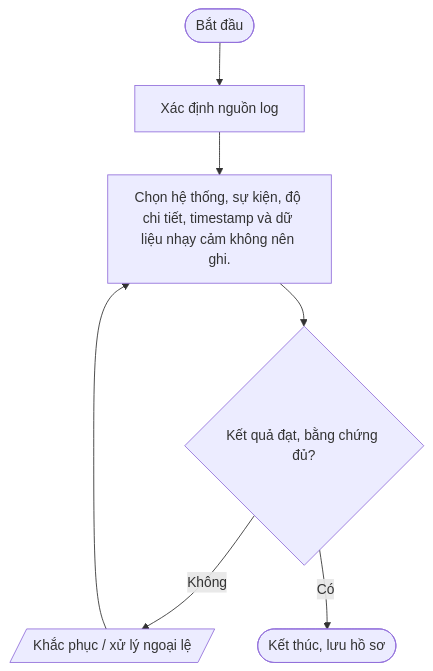
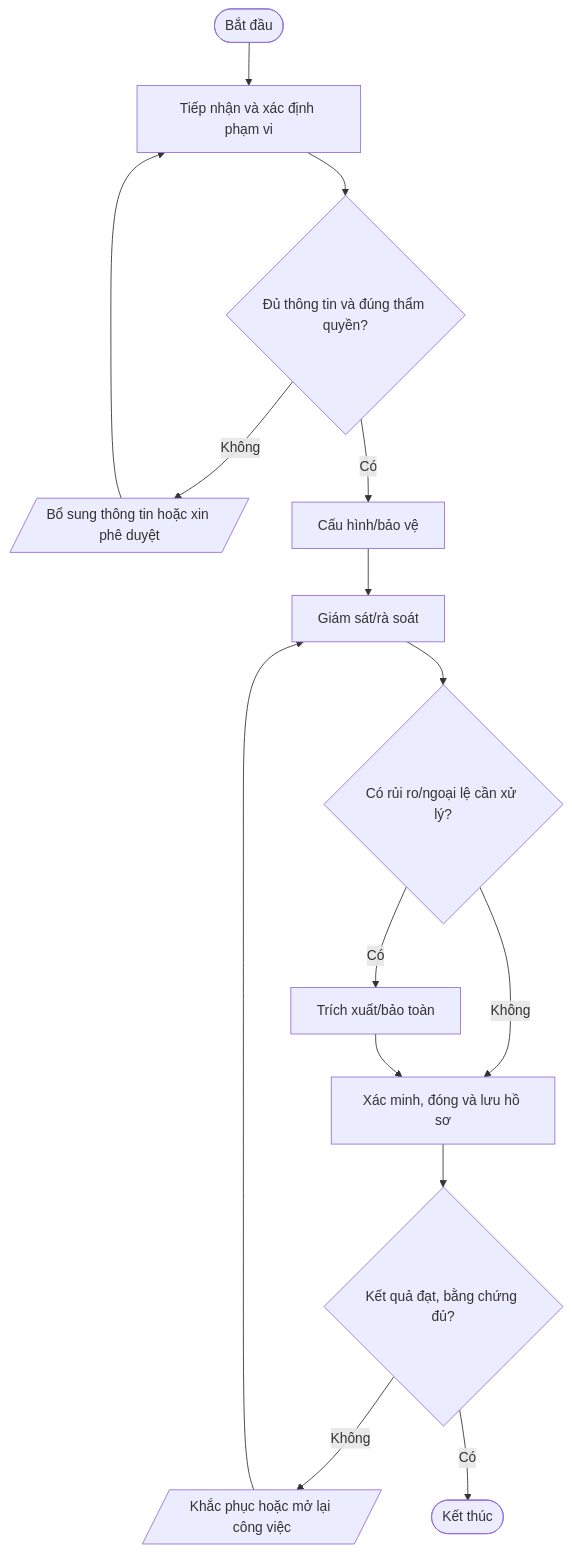
One commit to daoaigiangnam/Quy_Trinh_Chuan changed the sixth of 11 diagrams in quy-trinh/03-An-toan-thong-tin/README.md. Above: the diagram before and after it, drawn with Mermaid. The commit also changed other lines of this file, not shown here.

Commit message:
docs: refine detailed procedure steps and Mermaid flowcharts

````diff
--- a/quy-trinh/03-An-toan-thong-tin/README.md
+++ b/quy-trinh/03-An-toan-thong-tin/README.md
@@ -404,11 +497,17 @@
 ```mermaid
 flowchart TD
-  A([Bắt đầu]) --> S1
-  S1["Xác định nguồn log"]
-  S2["Chọn hệ thống, sự kiện, độ chi tiết, timestamp và dữ liệu nhạy cảm không nên ghi."]
-  S1 --> S2
-  S2 --> D2{"Kết quả đạt, bằng chứng đủ?"}
-  D2 -- Không --> REWORK[/"Khắc phục / xử lý ngoại lệ"/]
-  REWORK --> S2
-  D2 -- Có --> Z([Kết thúc, lưu hồ sơ])
+  A([Bắt đầu]) --> S1["Tiếp nhận và xác định phạm vi"]
+  S1 --> D1{"Đủ thông tin và đúng thẩm quyền?"}
+  D1 -- Không --> F1[/"Bổ sung thông tin hoặc xin phê duyệt"/]
+  F1 --> S1
+  D1 -- Có --> S2["Cấu hình/bảo vệ"]
+  S2 --> S3["Giám sát/rà soát"]
+  S3 --> D2{"Có rủi ro/ngoại lệ cần xử lý?"}
+  D2 -- Có --> S4["Trích xuất/bảo toàn"]
+  D2 -- Không --> S5["Xác minh, đóng và lưu hồ sơ"]
+  S4 --> S5
+  S5 --> D3{"Kết quả đạt, bằng chứng đủ?"}
+  D3 -- Không --> R[/"Khắc phục hoặc mở lại công việc"/]
+  R --> S3
+  D3 -- Có --> Z([Kết thúc])
 ```
````
